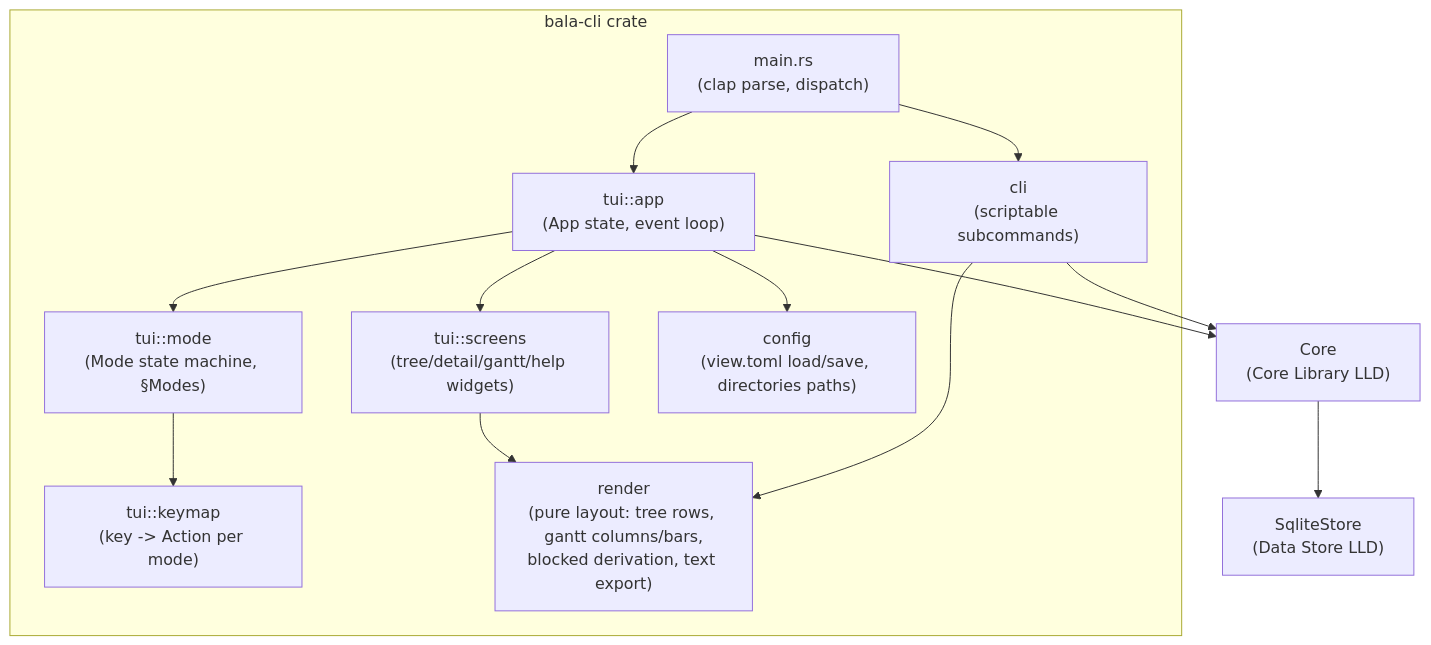
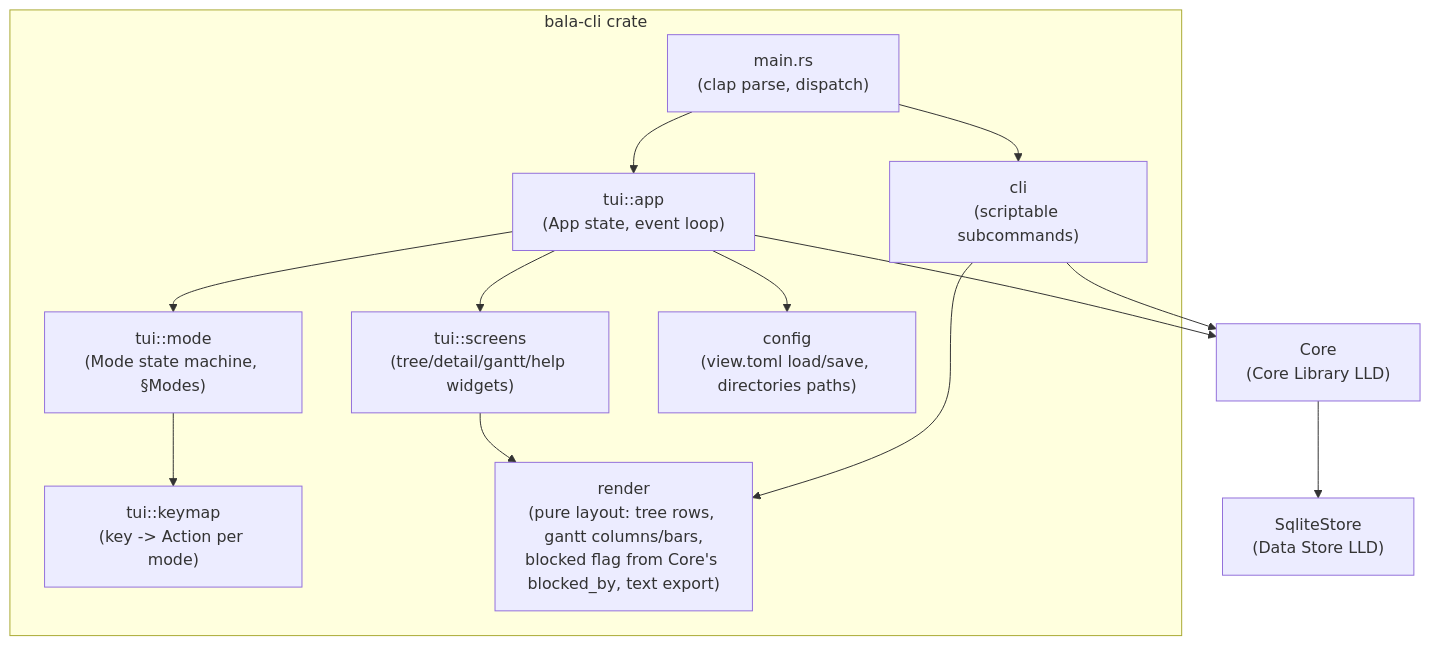
The diagram in docs/design/cli-tui-client.md (sleb/bala), drawn with Mermaid before and after one commit. The commit also changed other lines of this file and 18 other files, not shown here.

First line of the commit message:
core, cli: show which tasks are blocked in the TUI

````diff
--- a/docs/design/cli-tui-client.md
+++ b/docs/design/cli-tui-client.md
@@ -70,22 +70,22 @@
 ```mermaid
 flowchart TB
     subgraph "bala-cli crate"
         Main["main.rs\n(clap parse, dispatch)"]
         Cli["cli\n(scriptable subcommands)"]
         TuiApp["tui::app\n(App state, event loop)"]
         Mode["tui::mode\n(Mode state machine, §Modes)"]
         Keymap["tui::keymap\n(key -> Action per mode)"]
         Screens["tui::screens\n(tree/detail/gantt/help widgets)"]
-        Render["render\n(pure layout: tree rows, gantt columns/bars,\nblocked derivation, text export)"]
+        Render["render\n(pure layout: tree rows, gantt columns/bars,\nblocked flag from Core's blocked_by, text export)"]
         Config["config\n(view.toml load/save, directories paths)"]
     end
     Main --> Cli
     Main --> TuiApp
     Cli --> Render
     TuiApp --> Mode --> Keymap
     TuiApp --> Screens --> Render
     TuiApp --> Config
     Cli --> CoreLib["Core<SqliteStore>\n(Core Library LLD)"]
     TuiApp --> CoreLib
     CoreLib --> Store["SqliteStore\n(Data Store LLD)"]
 ```
````
